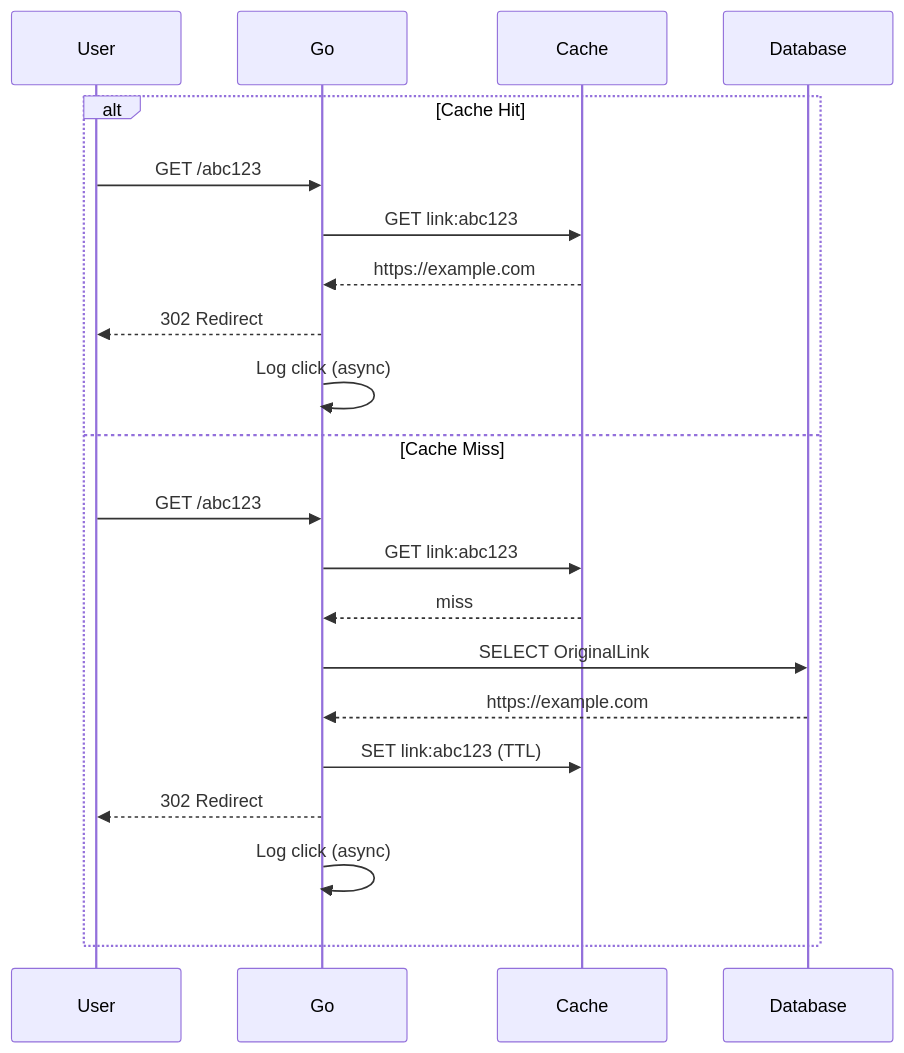
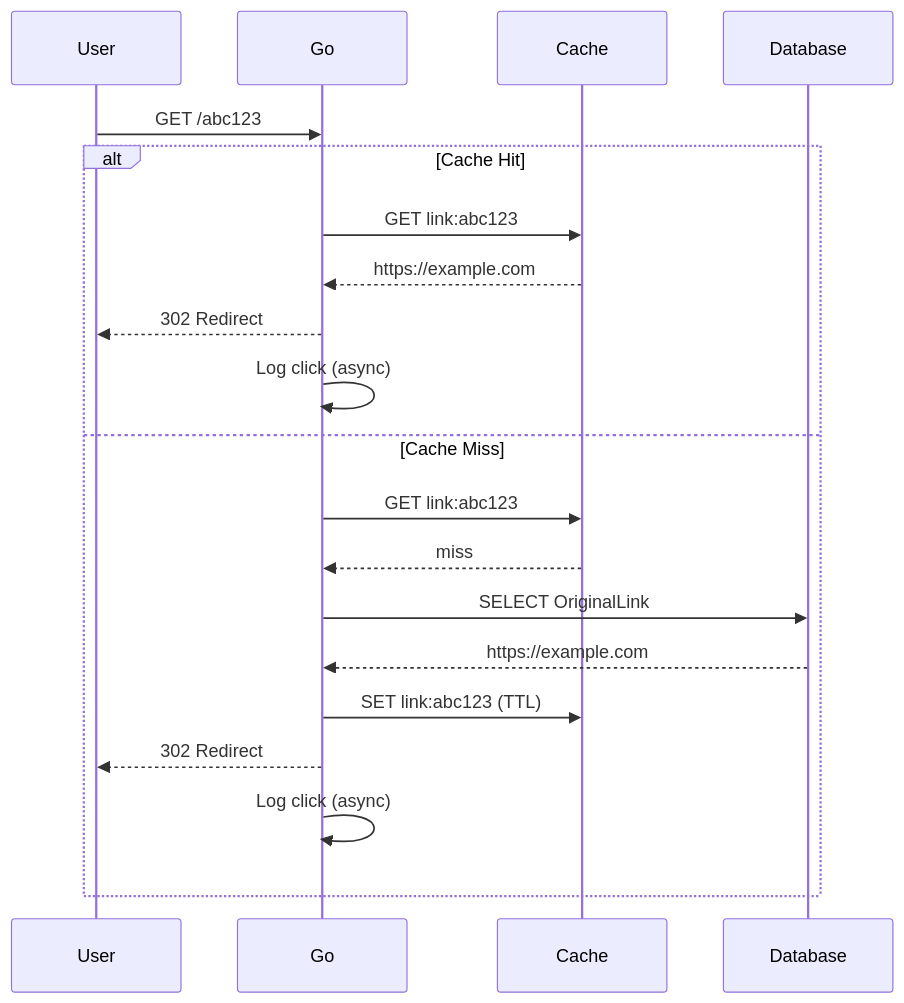
The second of 3 diagrams in README.md (mohamedmahmoud345/ShortLink), drawn with Mermaid before and after one commit.

Commit message:
docs: fix formatting in Mermaid diagram for C# Admin API

````diff
--- a/README.md
+++ b/README.md
@@ -25,24 +25,22 @@
 ```mermaid
 sequenceDiagram
     participant User
     participant Go
     participant Cache
     participant Database
-
+    User->>Go: GET /abc123
     alt Cache Hit
-        User->>Go: GET /abc123
         Go->>Cache: GET link:abc123
         Cache-->>Go: https://example.com
         Go-->>User: 302 Redirect
         Go->>Go: Log click (async)
     else Cache Miss
-        User->>Go: GET /abc123
         Go->>Cache: GET link:abc123
         Cache-->>Go: miss
         Go->>Database: SELECT OriginalLink
         Database-->>Go: https://example.com
         Go->>Cache: SET link:abc123 (TTL)
         Go-->>User: 302 Redirect
         Go->>Go: Log click (async)
     end
 ```
````
